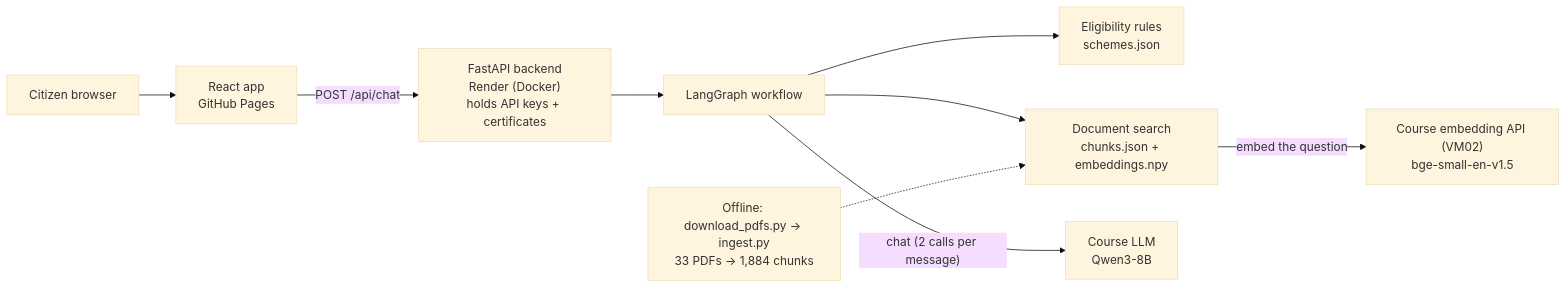
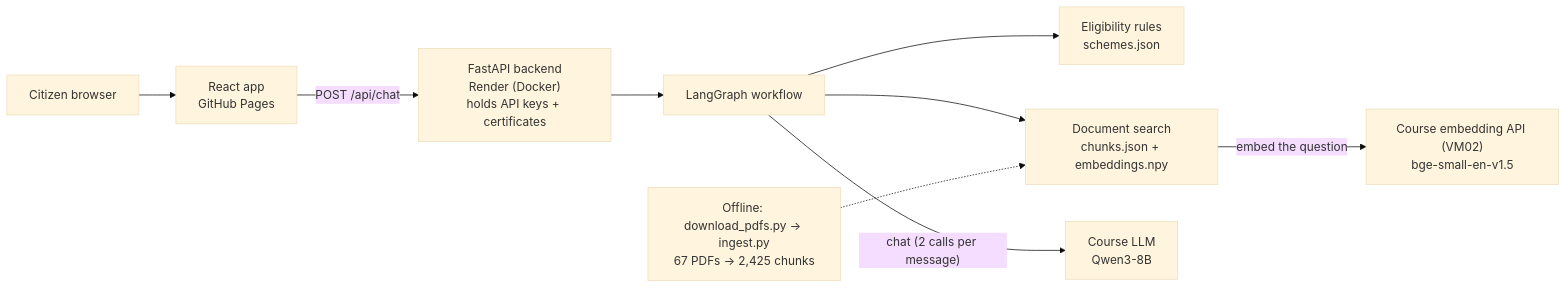
Before and after one commit to aakash-github/jansahayak: the first of 2 diagrams in README.md, drawn with Mermaid (base theme). The commit also changed 26 other files, not shown here.

````diff
--- a/README.md
+++ b/README.md
@@ -15,11 +15,11 @@
 ```mermaid
 flowchart LR
   U[Citizen browser] --> FE["React app<br/>GitHub Pages"]
   FE -- "POST /api/chat" --> BE["FastAPI backend<br/>Render (Docker)<br/>holds API keys + certificates"]
   BE --> G[LangGraph workflow]
   G --> T1["Eligibility rules<br/>schemes.json"]
   G --> T2["Document search<br/>chunks.json + embeddings.npy"]
   G -- "chat (2 calls per message)" --> LLM["Course LLM<br/>Qwen3-8B"]
   T2 -- "embed the question" --> EMB["Course embedding API (VM02)<br/>bge-small-en-v1.5"]
-  P["Offline: download_pdfs.py → ingest.py<br/>33 PDFs → 1,884 chunks"] -.-> T2
+  P["Offline: download_pdfs.py → ingest.py<br/>67 PDFs → 2,425 chunks"] -.-> T2
 ```
````
